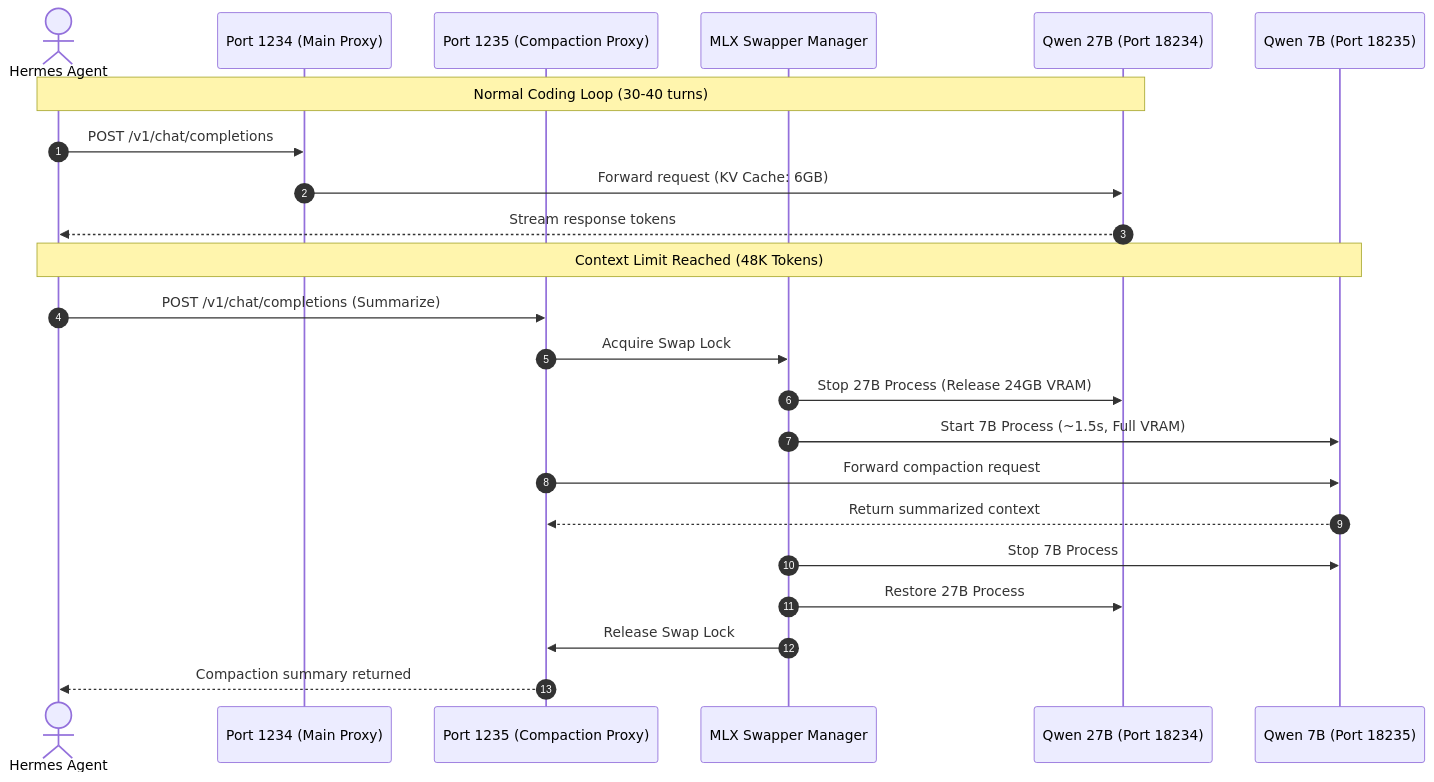
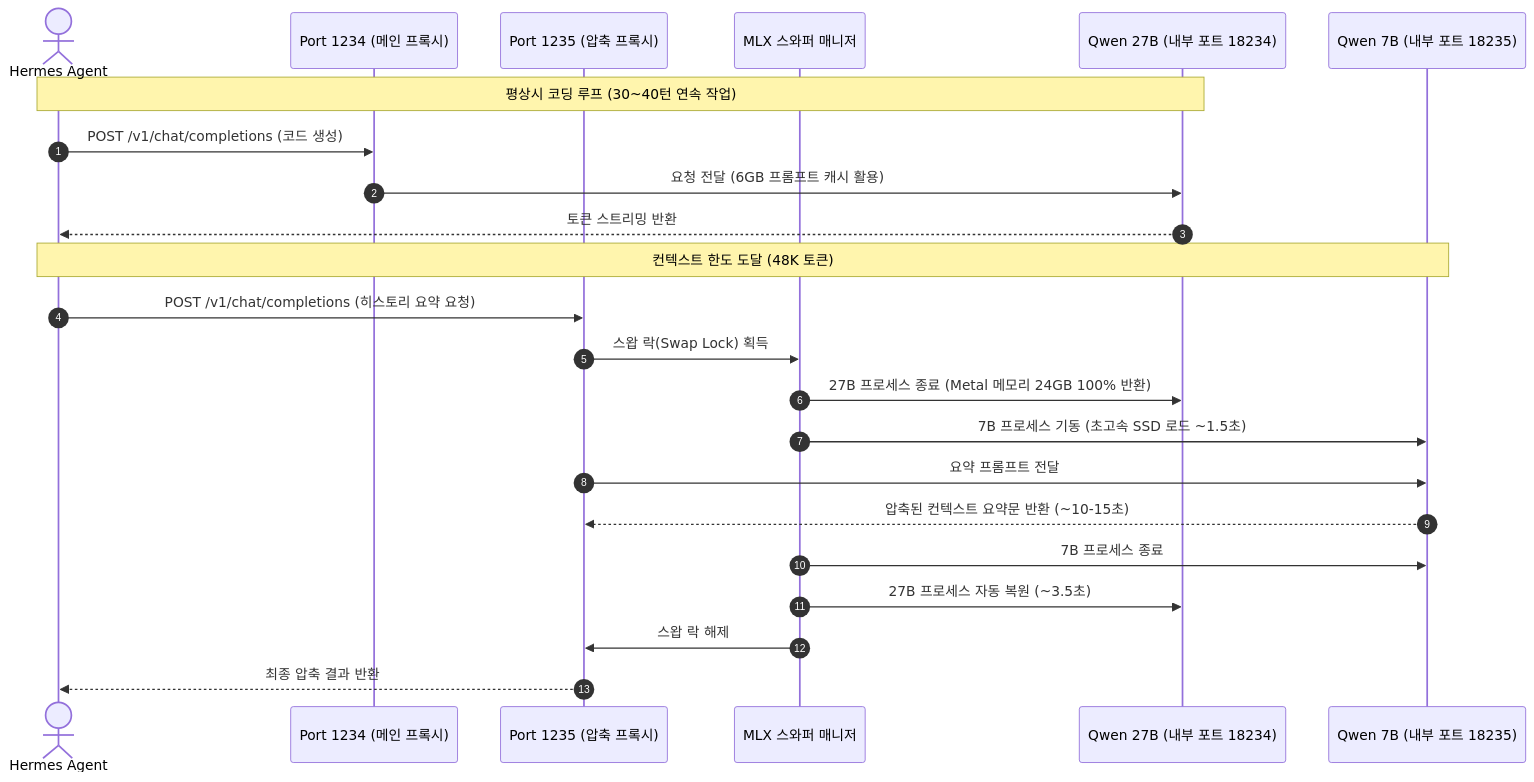
The diagram in README.md (deokgoo/mlx-dynamic-swapper), drawn with Mermaid before and after one commit. The commit also changed other lines of this file, not shown here.

````diff
--- a/README.md
+++ b/README.md
@@ -26,27 +39,27 @@
 ```mermaid
 sequenceDiagram
     autonumber
     actor Agent as Hermes Agent
-    participant P1234 as Port 1234 (Main Proxy)
-    participant P1235 as Port 1235 (Compaction Proxy)
-    participant Swapper as MLX Swapper Manager
-    participant M27B as Qwen 27B (Port 18234)
-    participant M7B as Qwen 7B (Port 18235)
+    participant P1234 as Port 1234 (메인 프록시)
+    participant P1235 as Port 1235 (압축 프록시)
+    participant Swapper as MLX 스와퍼 매니저
+    participant M27B as Qwen 27B (내부 포트 18234)
+    participant M7B as Qwen 7B (내부 포트 18235)
 
-    Note over Agent,M27B: Normal Coding Loop (30-40 turns)
-    Agent->>P1234: POST /v1/chat/completions
-    P1234->>M27B: Forward request (KV Cache: 6GB)
-    M27B-->>Agent: Stream response tokens
+    Note over Agent,M27B: 평상시 코딩 루프 (30~40턴 연속 작업)
+    Agent->>P1234: POST /v1/chat/completions (코드 생성)
+    P1234->>M27B: 요청 전달 (6GB 프롬프트 캐시 활용)
+    M27B-->>Agent: 토큰 스트리밍 반환
 
-    Note over Agent,M7B: Context Limit Reached (48K Tokens)
-    Agent->>P1235: POST /v1/chat/completions (Summarize)
-    P1235->>Swapper: Acquire Swap Lock
-    Swapper->>M27B: Stop 27B Process (Release 24GB VRAM)
-    Swapper->>M7B: Start 7B Process (~1.5s, Full VRAM)
-    P1235->>M7B: Forward compaction request
-    M7B-->>P1235: Return summarized context
-    Swapper->>M7B: Stop 7B Process
-    Swapper->>M27B: Restore 27B Process
-    Swapper->>P1235: Release Swap Lock
-    P1235-->>Agent: Compaction summary returned
+    Note over Agent,M7B: 컨텍스트 한도 도달 (48K 토큰)
+    Agent->>P1235: POST /v1/chat/completions (히스토리 요약 요청)
+    P1235->>Swapper: 스왑 락(Swap Lock) 획득
+    Swapper->>M27B: 27B 프로세스 종료 (Metal 메모리 24GB 100% 반환)
+    Swapper->>M7B: 7B 프로세스 기동 (초고속 SSD 로드 ~1.5초)
+    P1235->>M7B: 요약 프롬프트 전달
+    M7B-->>P1235: 압축된 컨텍스트 요약문 반환 (~10-15초)
+    Swapper->>M7B: 7B 프로세스 종료
+    Swapper->>M27B: 27B 프로세스 자동 복원 (~3.5초)
+    Swapper->>P1235: 스왑 락 해제
+    P1235-->>Agent: 최종 압축 결과 반환
 ```
````
